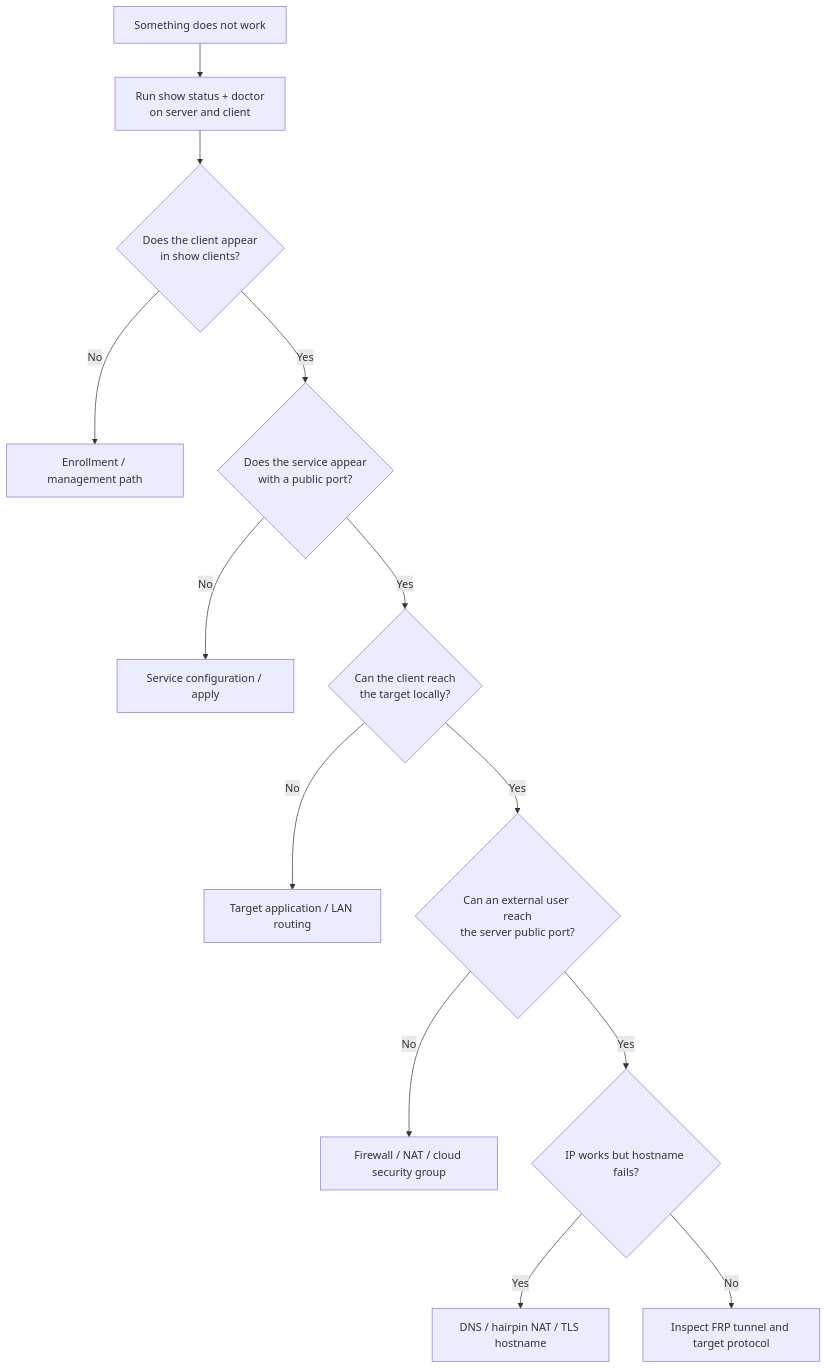
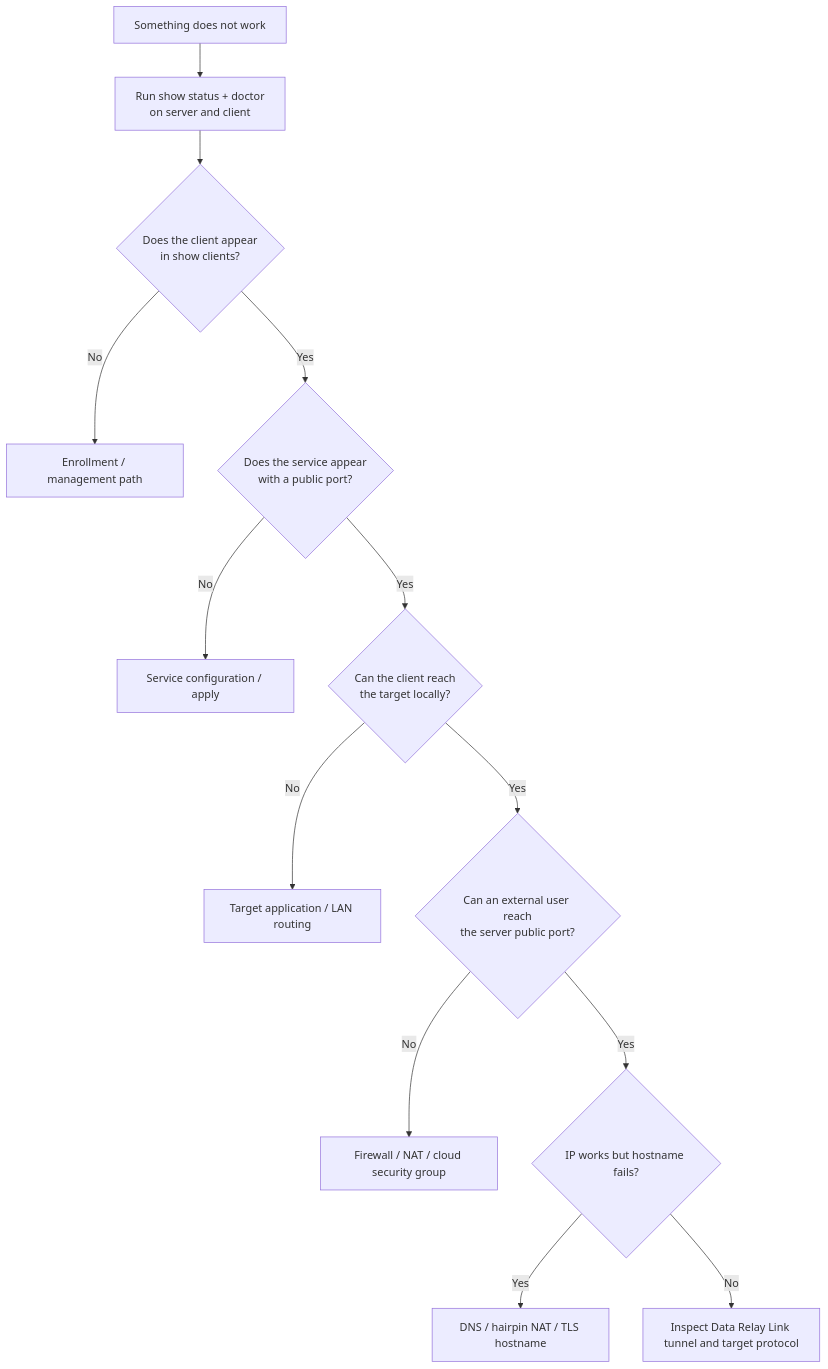
Before and after one commit to datarelay-labs/data-relay-link-docs: the first of 3 diagrams in troubleshooting/overview.mdx, drawn with Mermaid. The commit also changed other lines of this file and 36 other files, not shown here.

````diff
--- a/troubleshooting/overview.mdx
+++ b/troubleshooting/overview.mdx
@@ -12,15 +12,15 @@
 ```mermaid
 flowchart TD
     A[Something does not work] --> B[Run show status + doctor\non server and client]
     B --> C{Does the client appear\nin show clients?}
     C -->|No| E[Enrollment / management path]
     C -->|Yes| F{Does the service appear\nwith a public port?}
     F -->|No| G[Service configuration / apply]
     F -->|Yes| H{Can the client reach\nthe target locally?}
     H -->|No| I[Target application / LAN routing]
     H -->|Yes| J{Can an external user reach\nthe server public port?}
     J -->|No| K[Firewall / NAT / cloud security group]
     J -->|Yes| L{IP works but hostname fails?}
     L -->|Yes| M[DNS / hairpin NAT / TLS hostname]
-    L -->|No| N[Inspect FRP tunnel and target protocol]
+    L -->|No| N[Inspect Data Relay Link tunnel and target protocol]
 ```
````
